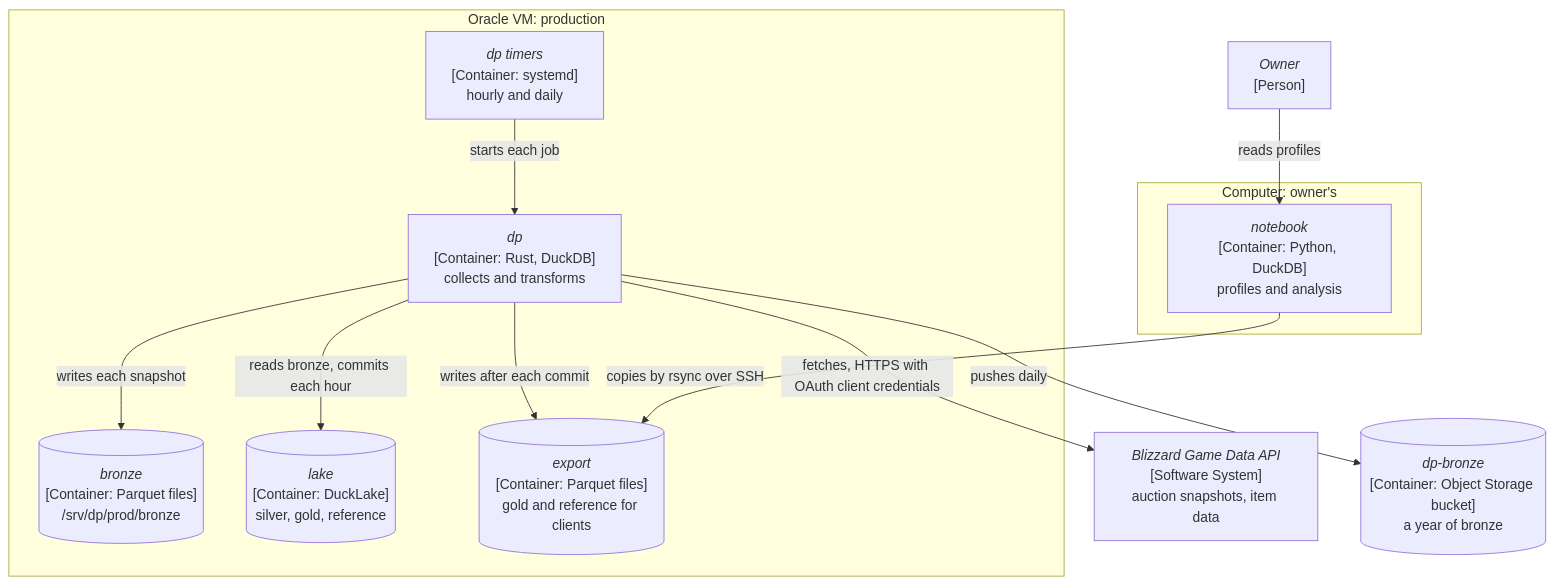
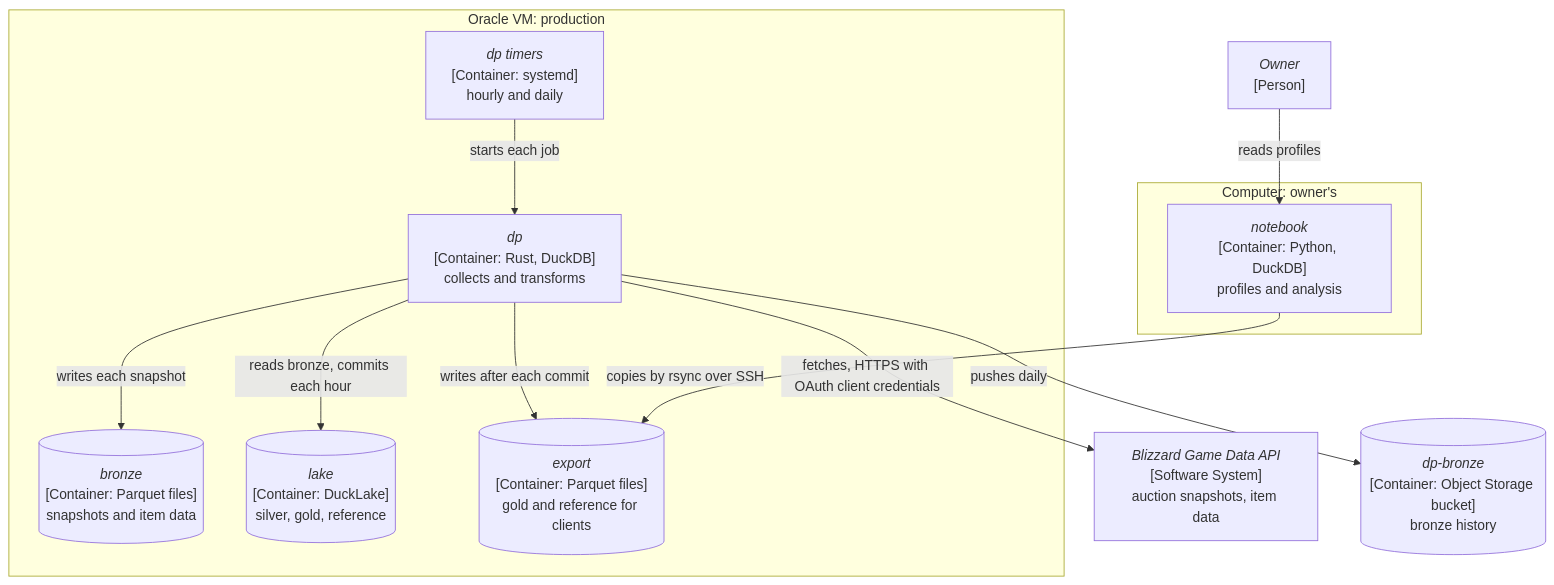
One commit to delphside/dark-portal changed the first of 2 diagrams in docs/5.1.1-architecture.md. Above: the diagram before and after it, drawn with Mermaid. The commit also changed other lines of this file and 8 other files, not shown here.

````diff
--- a/docs/5.1.1-architecture.md
+++ b/docs/5.1.1-architecture.md
@@ -31,24 +31,24 @@
 ```mermaid
 flowchart TB
     OWNER["<i>Owner</i><br>[Person]"]
     BLIZ["<i>Blizzard Game Data API</i><br>[Software System]<br>auction snapshots, item data"]
     subgraph VM["Oracle VM: production"]
         TIMER["<i>dp timers</i><br>[Container: systemd]<br>hourly and daily"]
         DP["<i>dp</i><br>[Container: Rust, DuckDB]<br>collects and transforms"]
-        BRONZE[("<i>bronze</i><br>[Container: Parquet files]<br>/srv/dp/prod/bronze")]
+        BRONZE[("<i>bronze</i><br>[Container: Parquet files]<br>snapshots and item data")]
         LAKE[("<i>lake</i><br>[Container: DuckLake]<br>silver, gold, reference")]
         EXPORT[("<i>export</i><br>[Container: Parquet files]<br>gold and reference for clients")]
     end
-    BUCKET[("<i>dp-bronze</i><br>[Container: Object Storage bucket]<br>a year of bronze")]
+    BUCKET[("<i>dp-bronze</i><br>[Container: Object Storage bucket]<br>bronze history")]
     subgraph PC["Computer: owner's"]
         NB["<i>notebook</i><br>[Container: Python, DuckDB]<br>profiles and analysis"]
     end
     TIMER -- "starts each job" --> DP
     DP -- "fetches, HTTPS with OAuth client credentials" --> BLIZ
     DP -- "writes each snapshot" --> BRONZE
     DP -- "reads bronze, commits each hour" --> LAKE
     DP -- "pushes daily" --> BUCKET
     DP -- "writes after each commit" --> EXPORT
     OWNER -- "reads profiles" --> NB
     NB -- "copies by rsync over SSH" --> EXPORT
 ```
````
